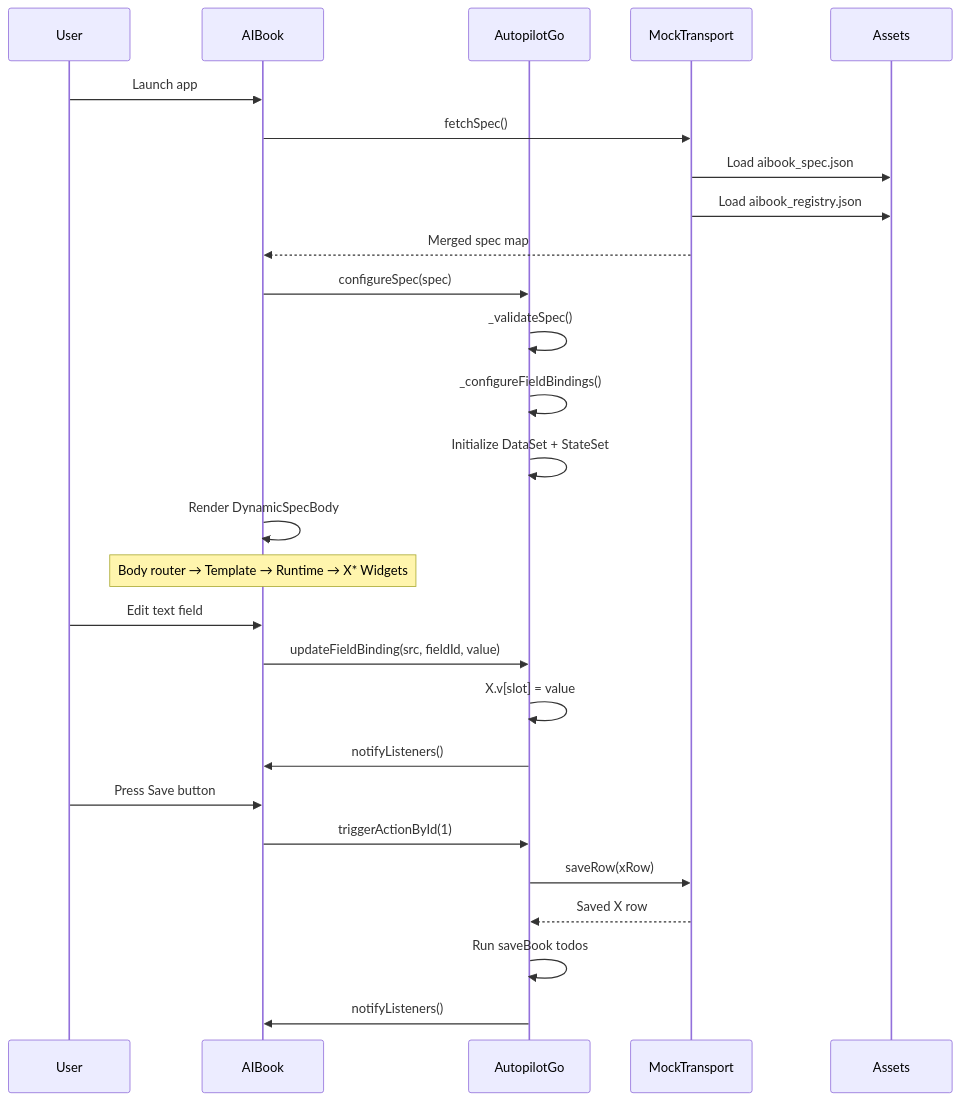
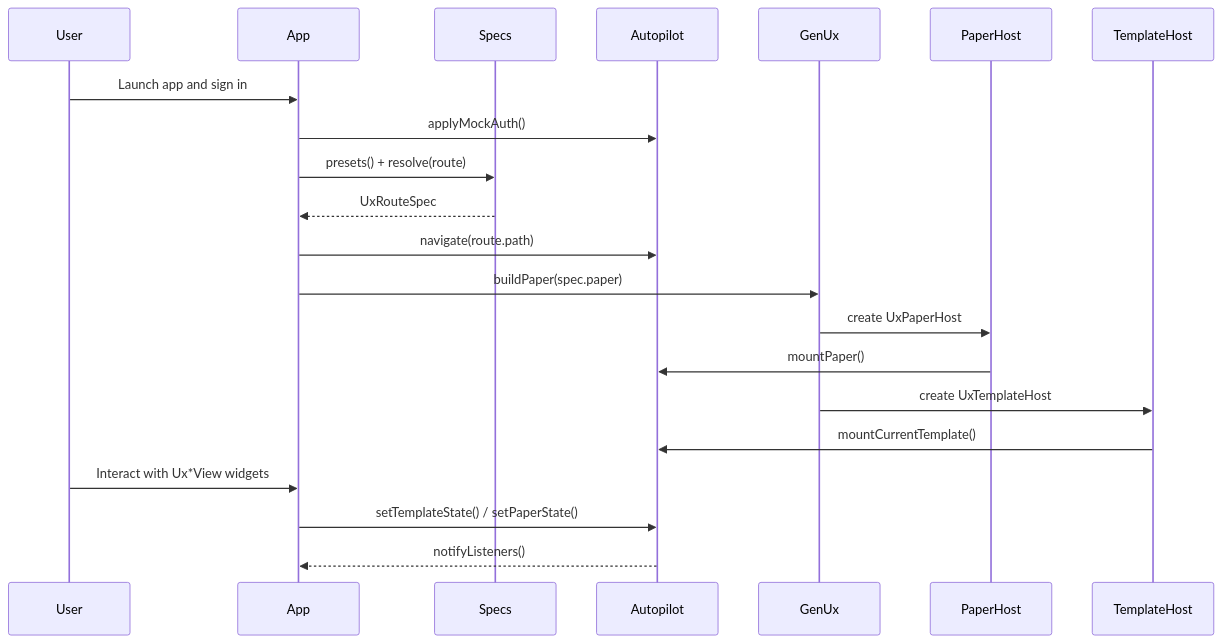
One commit to githubflutter/genrp changed the third of 4 diagrams in docs/project_deep_analysis.md. Above: the diagram before and after it, drawn with Mermaid. The commit also changed other lines of this file and 2 other files, not shown here.

Commit message:
feat: Update documentation for AIBook, AIStudio, and AICodex; enhance project analysis and UX specs

````diff
--- a/docs/project_deep_analysis.md
+++ b/docs/project_deep_analysis.md
@@ -504,34 +499,24 @@
 ```mermaid
 sequenceDiagram
     participant User
-    participant AIBook
-    participant AutopilotGo
-    participant MockTransport
-    participant Assets
+    participant App
+    participant Specs
+    participant Autopilot
+    participant GenUx
+    participant PaperHost
+    participant TemplateHost
 
-    User->>AIBook: Launch app
-    AIBook->>MockTransport: fetchSpec()
-    MockTransport->>Assets: Load aibook_spec.json
-    MockTransport->>Assets: Load aibook_registry.json
-    MockTransport-->>AIBook: Merged spec map
-
-    AIBook->>AutopilotGo: configureSpec(spec)
-    AutopilotGo->>AutopilotGo: _validateSpec()
-    AutopilotGo->>AutopilotGo: _configureFieldBindings()
-    AutopilotGo->>AutopilotGo: Initialize DataSet + StateSet
-
-    AIBook->>AIBook: Render DynamicSpecBody
-    Note over AIBook: Body router → Template → Runtime → X* Widgets
-
-    User->>AIBook: Edit text field
-    AIBook->>AutopilotGo: updateFieldBinding(src, fieldId, value)
-    AutopilotGo->>AutopilotGo: X.v[slot] = value
-    AutopilotGo->>AIBook: notifyListeners()
-
-    User->>AIBook: Press Save button
-    AIBook->>AutopilotGo: triggerActionById(1)
-    AutopilotGo->>MockTransport: saveRow(xRow)
-    MockTransport-->>AutopilotGo: Saved X row
-    AutopilotGo->>AutopilotGo: Run saveBook todos
-    AutopilotGo->>AIBook: notifyListeners()
+    User->>App: Launch app and sign in
+    App->>Autopilot: applyMockAuth()
+    App->>Specs: presets() + resolve(route)
+    Specs-->>App: UxRouteSpec
+    App->>Autopilot: navigate(route.path)
+    App->>GenUx: buildPaper(spec.paper)
+    GenUx->>PaperHost: create UxPaperHost
+    PaperHost->>Autopilot: mountPaper()
+    GenUx->>TemplateHost: create UxTemplateHost
+    TemplateHost->>Autopilot: mountCurrentTemplate()
+    User->>App: Interact with Ux*View widgets
+    App->>Autopilot: setTemplateState() / setPaperState()
+    Autopilot-->>App: notifyListeners()
 ```
````
